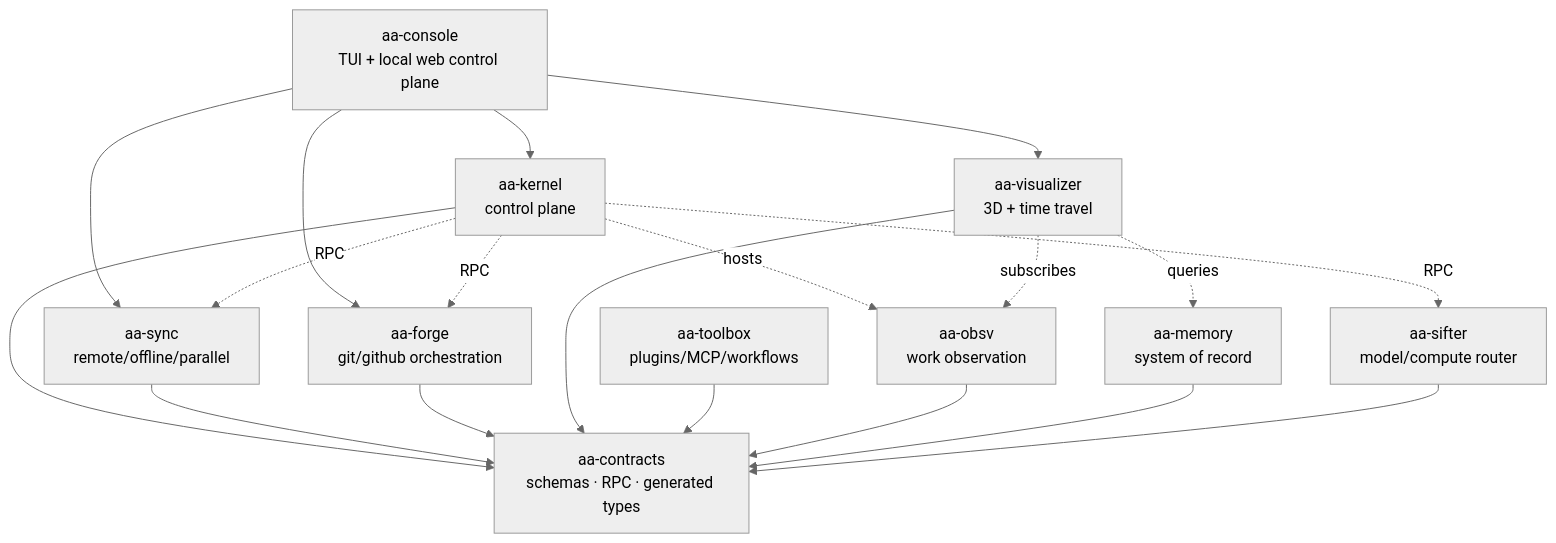
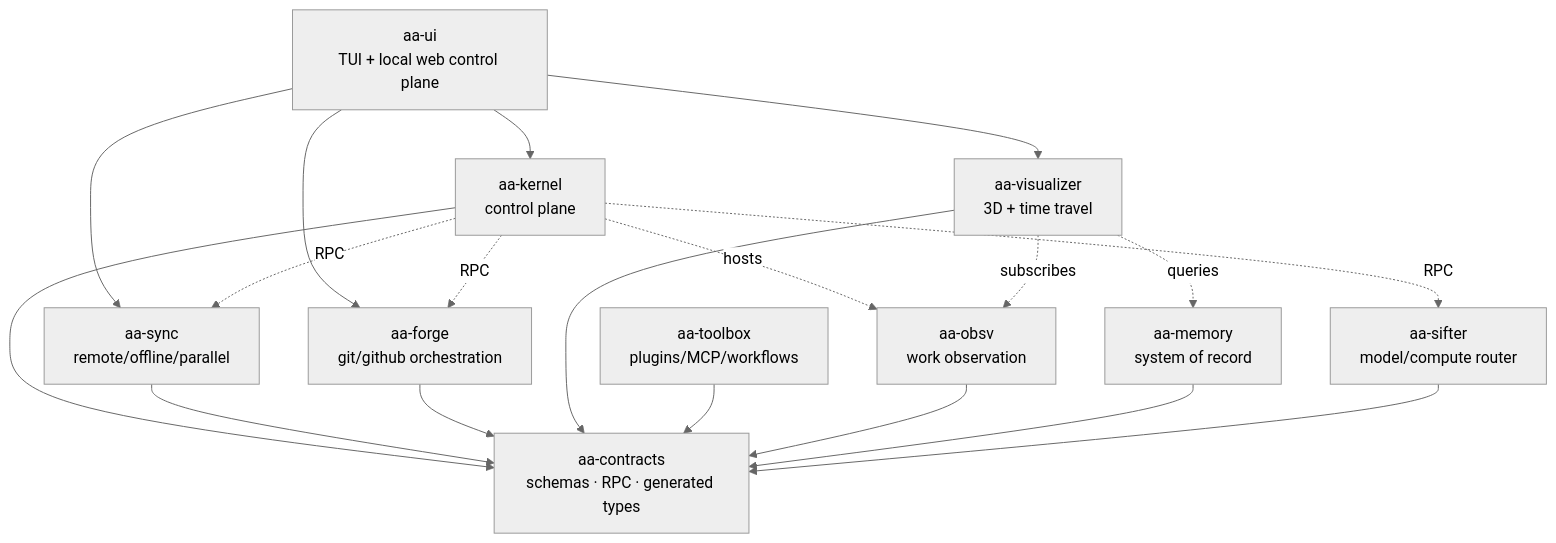
The first of 6 diagrams in docs/architecture/README.md (greadee/aa), drawn with Mermaid (neutral theme) before and after one commit. The commit also changed other lines of this file and 45 other files, not shown here.

````diff
--- a/docs/architecture/README.md
+++ b/docs/architecture/README.md
@@ -32,32 +32,32 @@
 ```mermaid
 flowchart TB
-    console["aa-console<br/>TUI + local web control plane"]
+    ui["aa-ui<br/>TUI + local web control plane"]
     kernel["aa-kernel<br/>control plane"]
     sync["aa-sync<br/>remote/offline/parallel"]
     forge["aa-forge<br/>git/github orchestration"]
     visualizer["aa-visualizer<br/>3D + time travel"]
     toolbox["aa-toolbox<br/>plugins/MCP/workflows"]
     contracts["aa-contracts<br/>schemas · RPC · generated types"]
     obsv["aa-obsv<br/>work observation"]
     memory["aa-memory<br/>system of record"]
     sifter["aa-sifter<br/>model/compute router"]
 
-    console --> kernel
-    console --> visualizer
-    console --> forge
-    console --> sync
+    ui --> kernel
+    ui --> visualizer
+    ui --> forge
+    ui --> sync
     kernel --> contracts
     sync --> contracts
     forge --> contracts
     visualizer --> contracts
     toolbox --> contracts
     obsv --> contracts
     memory --> contracts
     sifter --> contracts
     kernel -.hosts.-> obsv
     kernel -.RPC.-> sifter
     kernel -.RPC.-> sync
     kernel -.RPC.-> forge
     visualizer -.subscribes.-> obsv
     visualizer -.queries.-> memory
 ```
````
